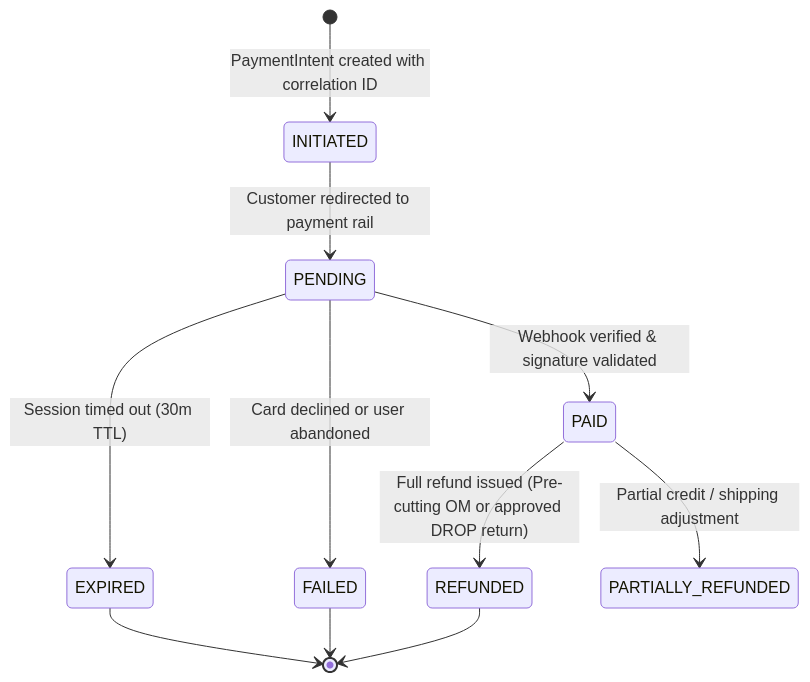
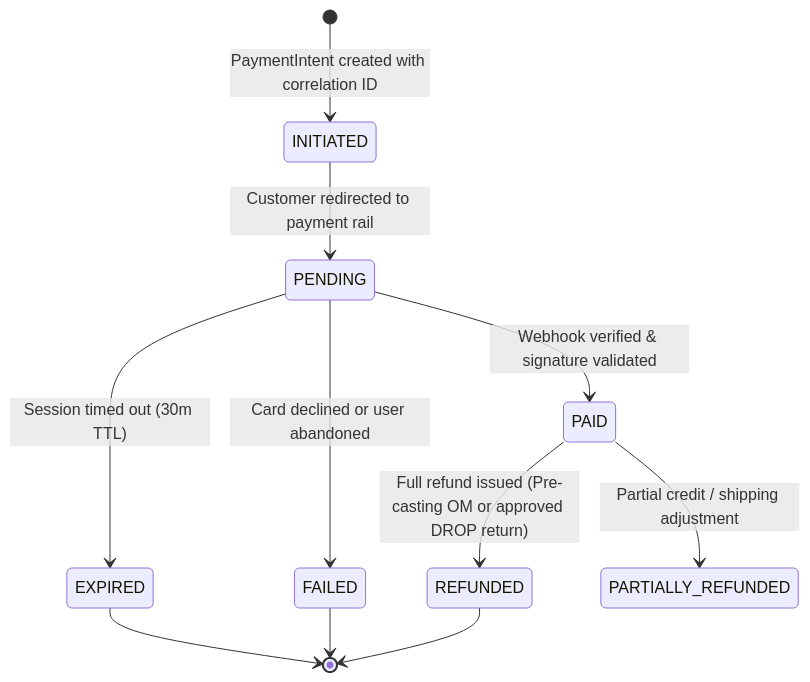
One commit to Sarthak2233/Jeanius changed the seventh of 10 diagrams in docs/product/PRODUCT-CONTRACT.md. Above: the diagram before and after it, drawn with Mermaid. The commit also changed other lines of this file and 145 other files, not shown here.

````diff
--- a/docs/product/PRODUCT-CONTRACT.md
+++ b/docs/product/PRODUCT-CONTRACT.md
@@ -368,15 +346,15 @@
 ```mermaid
 stateDiagram-v2
     [*] --> INITIATED: PaymentIntent created with correlation ID
     INITIATED --> PENDING: Customer redirected to payment rail
     PENDING --> EXPIRED: Session timed out (30m TTL)
     PENDING --> FAILED: Card declined or user abandoned
     PENDING --> PAID: Webhook verified & signature validated
     
-    PAID --> REFUNDED: Full refund issued (Pre-cutting OM or approved DROP return)
+    PAID --> REFUNDED: Full refund issued (Pre-casting OM or approved DROP return)
     PAID --> PARTIALLY_REFUNDED: Partial credit / shipping adjustment
     
     EXPIRED --> [*]
     FAILED --> [*]
     REFUNDED --> [*]
 ```
````
